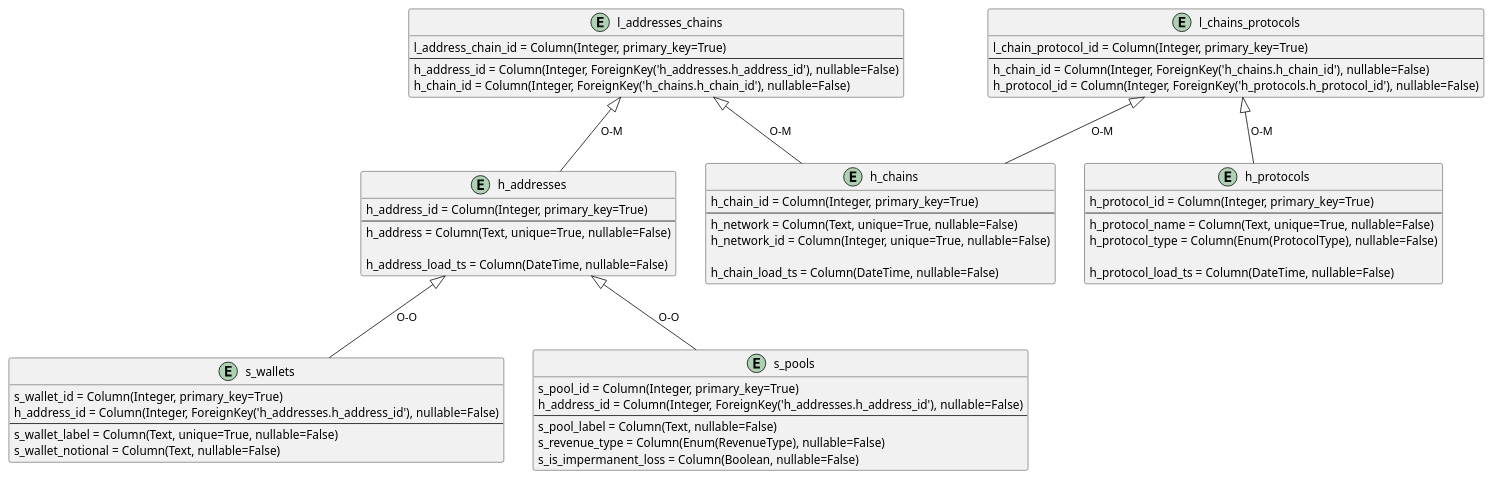
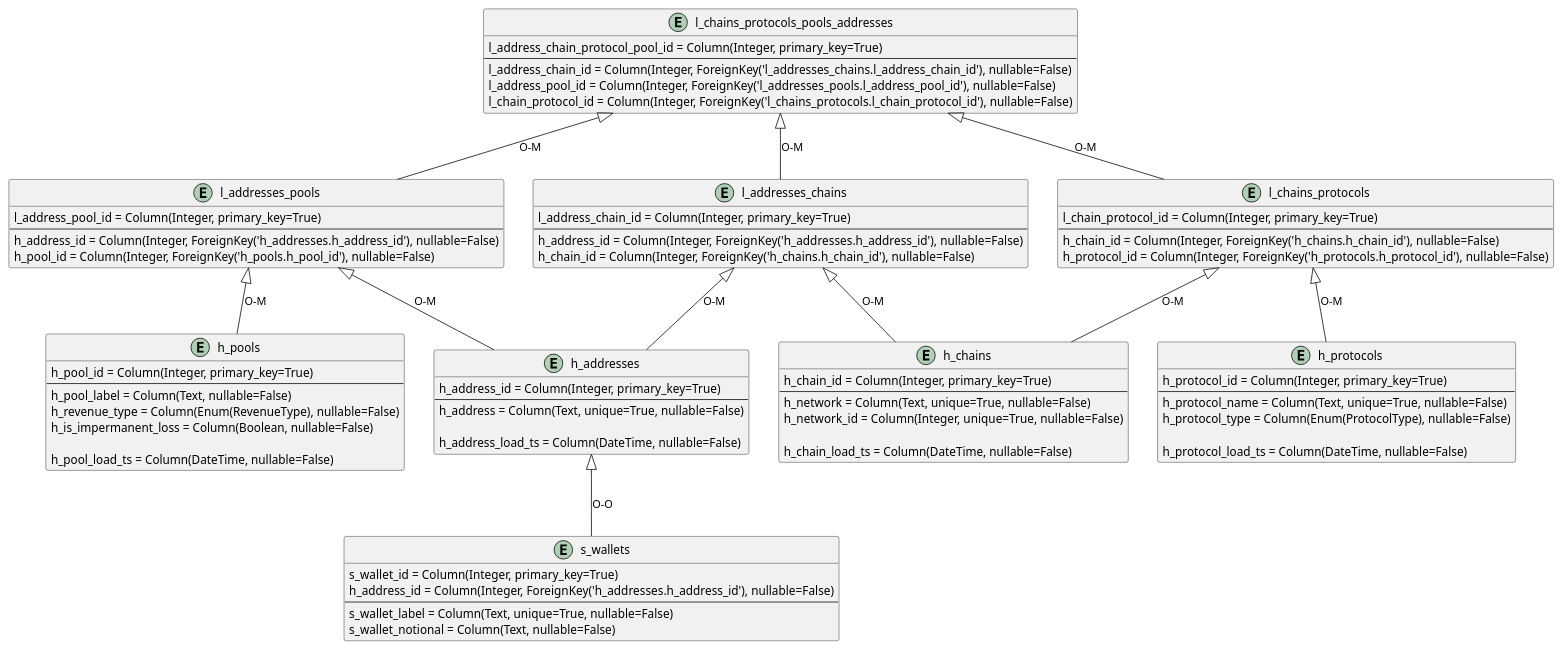
One commit to semyon-puchin/defi-dwh-core changed the diagram in architecture.puml. Above: the diagram before and after it, drawn with PlantUML. The commit also changed 4 other files, not shown here.

```diff
--- a/architecture.puml
+++ b/architecture.puml
@@ -1,73 +1,96 @@
 @startuml
 
 'HUBS
 entity h_addresses {
     h_address_id = Column(Integer, primary_key=True)
     ---
     h_address = Column(Text, unique=True, nullable=False)
 
     h_address_load_ts = Column(DateTime, nullable=False)
 }
 
 entity h_chains {
     h_chain_id = Column(Integer, primary_key=True)
     ---
     h_network = Column(Text, unique=True, nullable=False)
     h_network_id = Column(Integer, unique=True, nullable=False)
 
     h_chain_load_ts = Column(DateTime, nullable=False)
 }
 
 entity h_protocols {
     h_protocol_id = Column(Integer, primary_key=True)
     ---
     h_protocol_name = Column(Text, unique=True, nullable=False)
     h_protocol_type = Column(Enum(ProtocolType), nullable=False)
 
     h_protocol_load_ts = Column(DateTime, nullable=False)
 }
 
+entity h_pools {
+    h_pool_id = Column(Integer, primary_key=True)
+    ---
+    h_pool_label = Column(Text, nullable=False)
+    h_revenue_type = Column(Enum(RevenueType), nullable=False)
+    h_is_impermanent_loss = Column(Boolean, nullable=False)
+
+    h_pool_load_ts = Column(DateTime, nullable=False)
+}
+
 'LINKS
 entity l_chains_protocols {
     l_chain_protocol_id = Column(Integer, primary_key=True)
     ---
     h_chain_id = Column(Integer, ForeignKey('h_chains.h_chain_id'), nullable=False)
     h_protocol_id = Column(Integer, ForeignKey('h_protocols.h_protocol_id'), nullable=False)
 }
 
 entity l_addresses_chains {
     l_address_chain_id = Column(Integer, primary_key=True)
     ---
     h_address_id = Column(Integer, ForeignKey('h_addresses.h_address_id'), nullable=False)
     h_chain_id = Column(Integer, ForeignKey('h_chains.h_chain_id'), nullable=False)
 }
 
+entity l_addresses_pools {
+    l_address_pool_id = Column(Integer, primary_key=True)
+    ---
+    h_address_id = Column(Integer, ForeignKey('h_addresses.h_address_id'), nullable=False)
+    h_pool_id = Column(Integer, ForeignKey('h_pools.h_pool_id'), nullable=False)
+}
+
+entity l_chains_protocols_pools_addresses {
+    l_address_chain_protocol_pool_id = Column(Integer, primary_key=True)
+    ---
+    l_address_chain_id = Column(Integer, ForeignKey('l_addresses_chains.l_address_chain_id'), nullable=False)
+    l_address_pool_id = Column(Integer, ForeignKey('l_addresses_pools.l_address_pool_id'), nullable=False)
+    l_chain_protocol_id = Column(Integer, ForeignKey('l_chains_protocols.l_chain_protocol_id'), nullable=False)
+}
+
 'SATELLITES
 entity s_wallets {
     s_wallet_id = Column(Integer, primary_key=True)
     h_address_id = Column(Integer, ForeignKey('h_addresses.h_address_id'), nullable=False)
     ---
     s_wallet_label = Column(Text, unique=True, nullable=False)
     s_wallet_notional = Column(Text, nullable=False)
 }
 
-entity s_pools {
-    s_pool_id = Column(Integer, primary_key=True)
-    h_address_id = Column(Integer, ForeignKey('h_addresses.h_address_id'), nullable=False)
-    ---
-    s_pool_label = Column(Text, nullable=False)
-    s_revenue_type = Column(Enum(RevenueType), nullable=False)
-    s_is_impermanent_loss = Column(Boolean, nullable=False)
-}
 
 l_addresses_chains <|-- h_addresses: O-M
 l_addresses_chains <|-- h_chains: O-M
 
 l_chains_protocols <|-- h_chains: O-M
 l_chains_protocols <|-- h_protocols: O-M
 
+l_addresses_pools <|-- h_addresses: O-M
+l_addresses_pools <|-- h_pools: O-M
+
+l_chains_protocols_pools_addresses <|-- l_addresses_chains: O-M
+l_chains_protocols_pools_addresses <|-- l_chains_protocols: O-M
+l_chains_protocols_pools_addresses <|-- l_addresses_pools: O-M
+
 h_addresses <|-- s_wallets: O-O
-h_addresses <|-- s_pools: O-O
 
 
 @enduml
```
